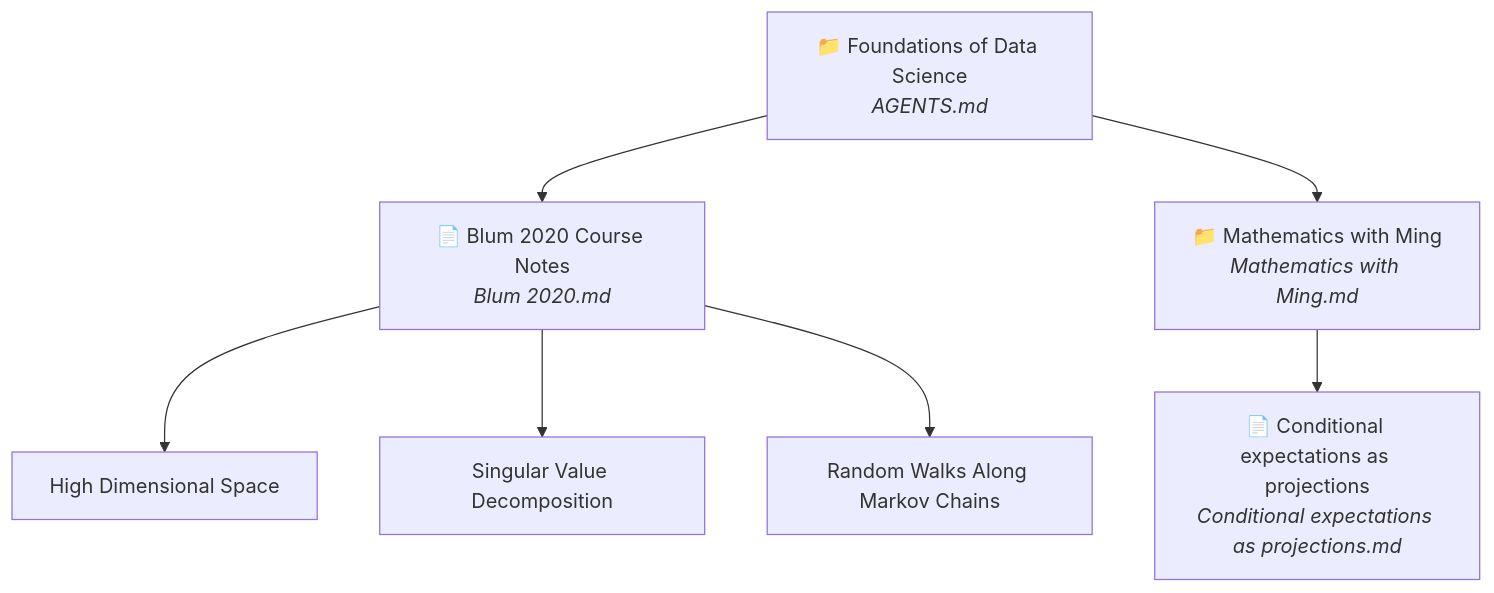
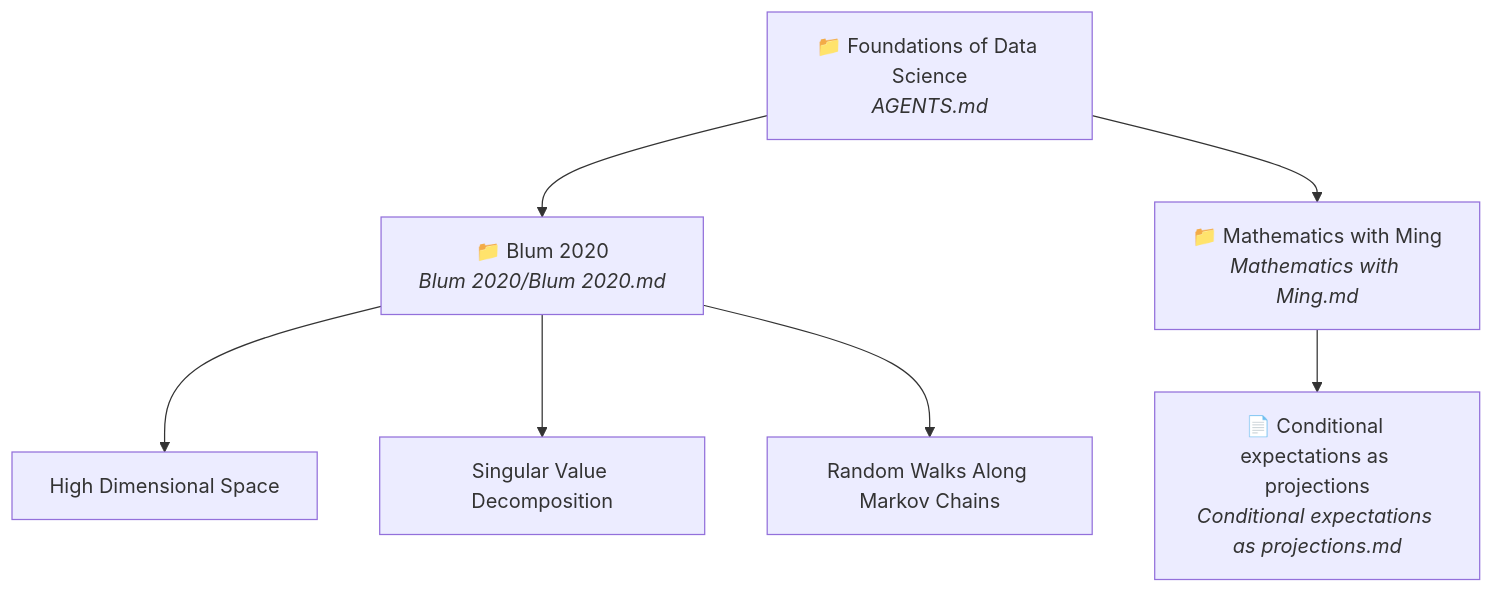
One commit to dkillian/FoundationsDataScience changed the diagram in AGENTS.md. Above: the diagram before and after it, drawn with Mermaid. The commit also changed other lines of this file and 477 other files, not shown here.

````diff
--- a/AGENTS.md
+++ b/AGENTS.md
@@ -19,13 +19,13 @@
 ```mermaid
 graph TD
     ROOT["📁 Foundations of Data Science<br/><i>AGENTS.md</i>"]
 
-    ROOT --> BLUM["📄 Blum 2020 Course Notes<br/><i>Blum 2020.md</i>"]
+    ROOT --> BLUM["📁 Blum 2020<br/><i>Blum 2020/Blum 2020.md</i>"]
     ROOT --> MWM["📁 Mathematics with Ming<br/><i>Mathematics with Ming.md</i>"]
 
     BLUM --> HDS["High Dimensional Space"]
     BLUM --> SVD["Singular Value Decomposition"]
     BLUM --> RW["Random Walks Along Markov Chains"]
 
     MWM --> CEAP["📄 Conditional expectations as projections<br/><i>Conditional expectations as projections.md</i>"]
 ```
````
